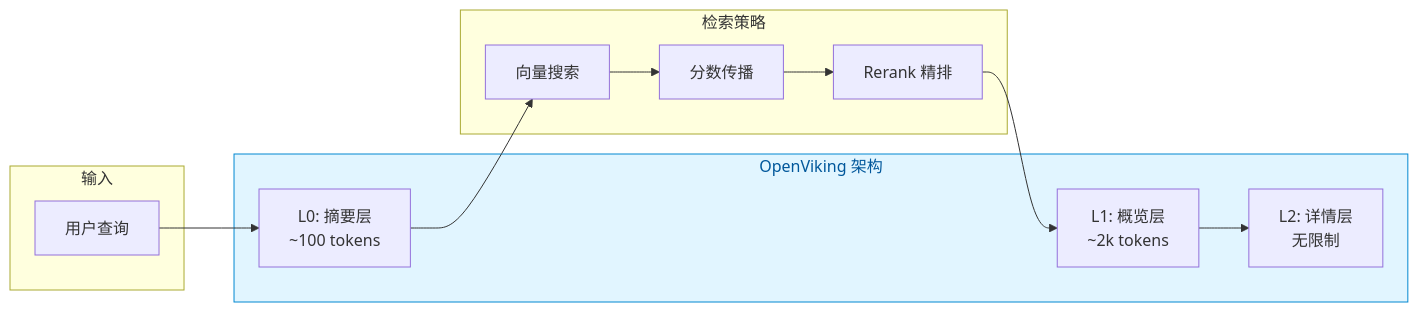
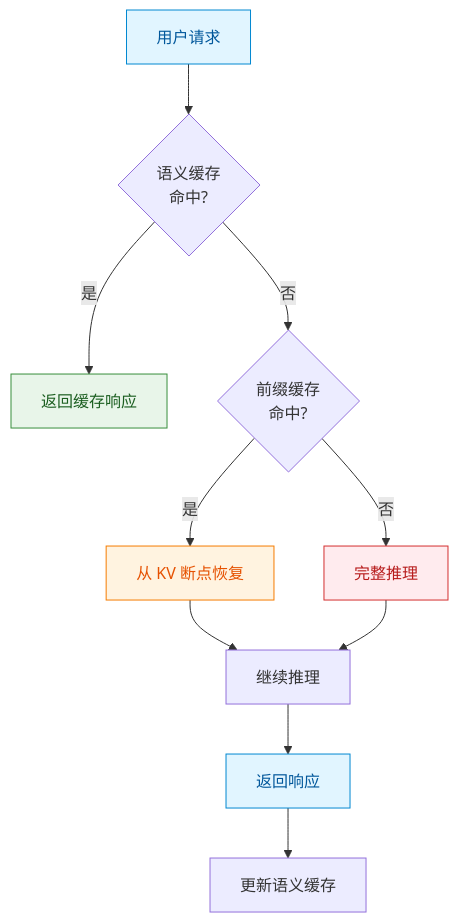
The third of 8 diagrams in _posts/2026-03-06-agent-design-03-context-memory-design.md (FreezeSoul/freezesoul.github.com), drawn with Mermaid before and after one commit. The commit also changed other lines of this file and 2 other files, not shown here.

````diff
--- a/_posts/2026-03-06-agent-design-03-context-memory-design.md
+++ b/_posts/2026-03-06-agent-design-03-context-memory-design.md
@@ -170,27 +108,22 @@
 ```mermaid
-flowchart LR
-    subgraph Input["输入"]
-        UserQuery["用户查询"]
-    end
-    
-    subgraph OpenViking["OpenViking 架构"]
-        L0["L0: 摘要层<br/>~100 tokens"]
-        L1["L1: 概览层<br/>~2k tokens"]
-        L2["L2: 详情层<br/>无限制"]
-    end
-    
-    subgraph Retrieval["检索策略"]
-        R1["向量搜索"]
-        R2["分数传播"]
-        R3["Rerank 精排"]
-    end
-    
-    UserQuery --> L0
-    L0 --> R1
-    R1 --> R2
-    R2 --> R3
-    R3 --> L1
-    L1 --> L2
-    
-    style OpenViking fill:#e1f5ff,stroke:#0288d1,color:#01579b
+flowchart TD
+    Request["用户请求"] --> CheckSemantic{"语义缓存<br/>命中?"}
+
+    CheckSemantic -->|是| ReturnCache["返回缓存响应"]
+    CheckSemantic -->|否| CheckPrefix{"前缀缓存<br/>命中?"}
+
+    CheckPrefix -->|是| ResumeKV["从 KV 断点恢复"]
+    CheckPrefix -->|否| FullInfer["完整推理"]
+
+    ResumeKV --> ContinueInfer["继续推理"]
+    FullInfer --> ContinueInfer
+    ContinueInfer --> Response["返回响应"]
+
+    Response --> UpdateSemantic["更新语义缓存"]
+
+    style Request fill:#e1f5ff,stroke:#0288d1,color:#01579b
+    style ReturnCache fill:#e8f5e9,stroke:#388e3c,color:#1b5e20
+    style ResumeKV fill:#fff3e0,stroke:#f57c00,color:#e65100
+    style FullInfer fill:#ffebee,stroke:#d32f2f,color:#b71c1c
+    style Response fill:#e1f5ff,stroke:#0288d1,color:#01579b
 ```
````
